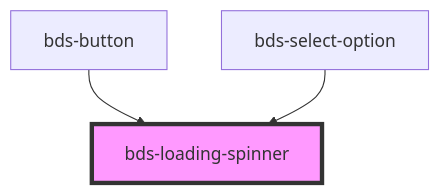
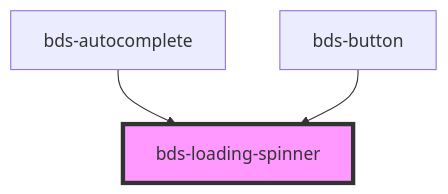
Before and after one commit to takenet/blip-ds: the diagram in src/components/loading-spinner/readme.md, drawn with Mermaid. The commit also changed other lines of this file and 13 other files, not shown here.

Commit message:
feat(autocomplete): add prop loading into autocomplete

````diff
--- a/src/components/loading-spinner/readme.md
+++ b/src/components/loading-spinner/readme.md
@@ -26,6 +26,6 @@
 ```mermaid
 graph TD;
+  bds-autocomplete --> bds-loading-spinner
   bds-button --> bds-loading-spinner
-  bds-select-option --> bds-loading-spinner
   style bds-loading-spinner fill:#f9f,stroke:#333,stroke-width:4px
 ```
````
